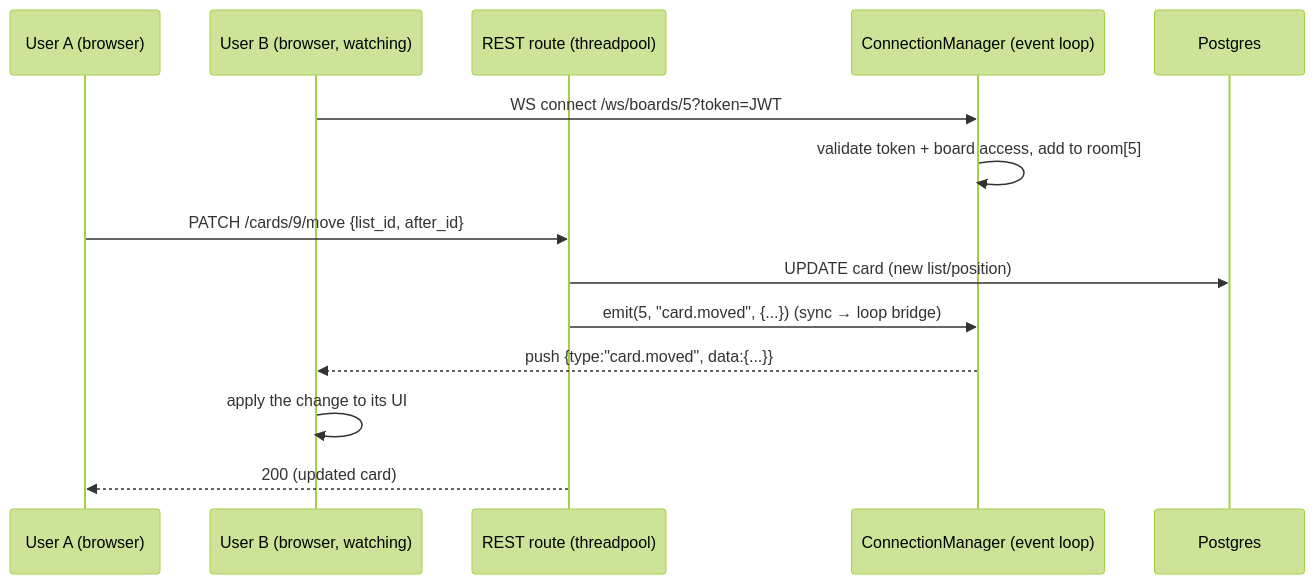
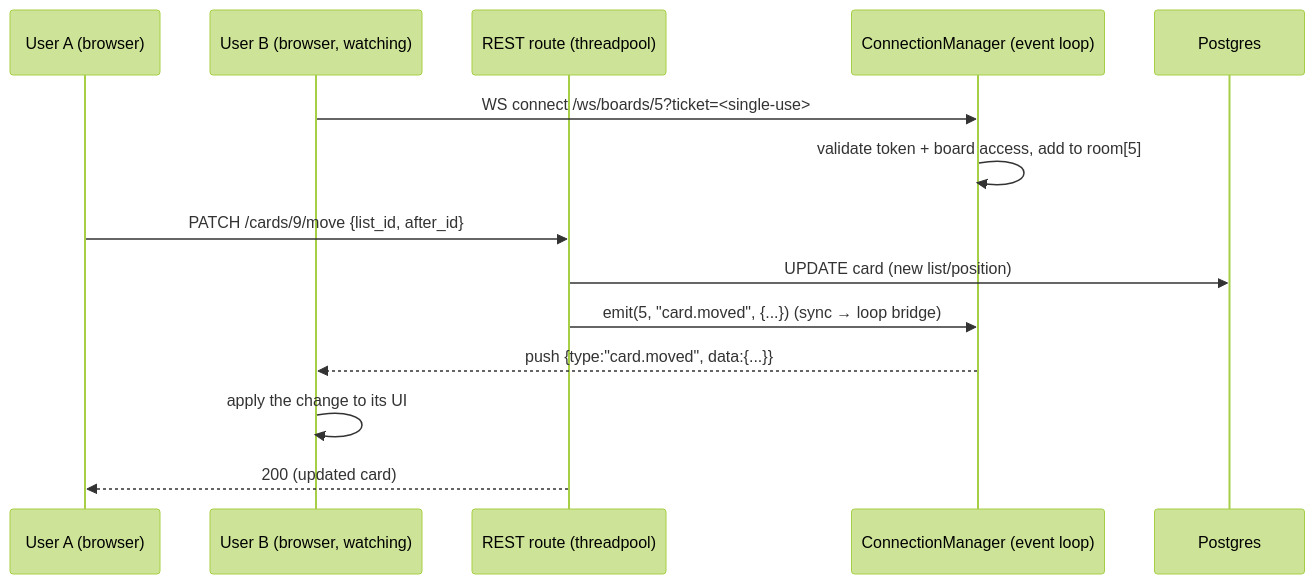
One commit to mittal-saksham/collab-task-board changed the diagram in docs/04-realtime-websockets.md. Above: the diagram before and after it, drawn with Mermaid (forest theme). The commit also changed other lines of this file and 20 other files, not shown here.

````diff
--- a/docs/04-realtime-websockets.md
+++ b/docs/04-realtime-websockets.md
@@ -20,17 +20,17 @@
 ```mermaid
 sequenceDiagram
     participant A as User A (browser)
     participant B as User B (browser, watching)
     participant API as REST route (threadpool)
     participant M as ConnectionManager (event loop)
     participant DB as Postgres
 
-    B->>M: WS connect /ws/boards/5?token=JWT
+    B->>M: WS connect /ws/boards/5?ticket=<single-use>
     M->>M: validate token + board access, add to room[5]
     A->>API: PATCH /cards/9/move {list_id, after_id}
     API->>DB: UPDATE card (new list/position)
     API->>M: emit(5, "card.moved", {...})   (sync → loop bridge)
     M-->>B: push {type:"card.moved", data:{...}}
     B->>B: apply the change to its UI
     API-->>A: 200 (updated card)
 ```
````
